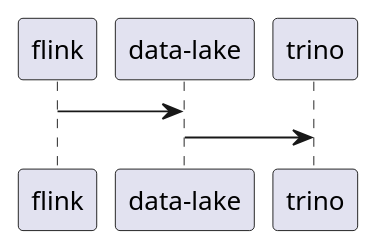
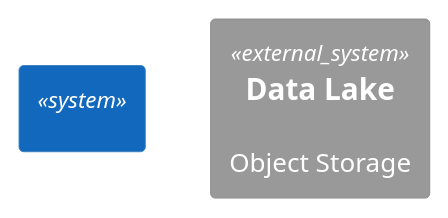
One commit to yanghoon/obsidian-workspace changed the diagram in Projects/Data Pipeline Architecture.md. Above: the diagram before and after it, drawn with PlantUML.

Commit message:
vault backup: 2025-05-03 12:23:29

````diff
--- a/Projects/Data Pipeline Architecture.md
+++ b/Projects/Data Pipeline Architecture.md
@@ -2,8 +2,11 @@
 ```plantuml
 @startuml
 
-flink -> "data-lake"
-"data-lake" -> trino
+!include <C4/C4_Container>
+
+System(flink, "", "")
+System_Ext(lake, "Data Lake", "Object Storage")
+
 
 @enduml
 ```
````
